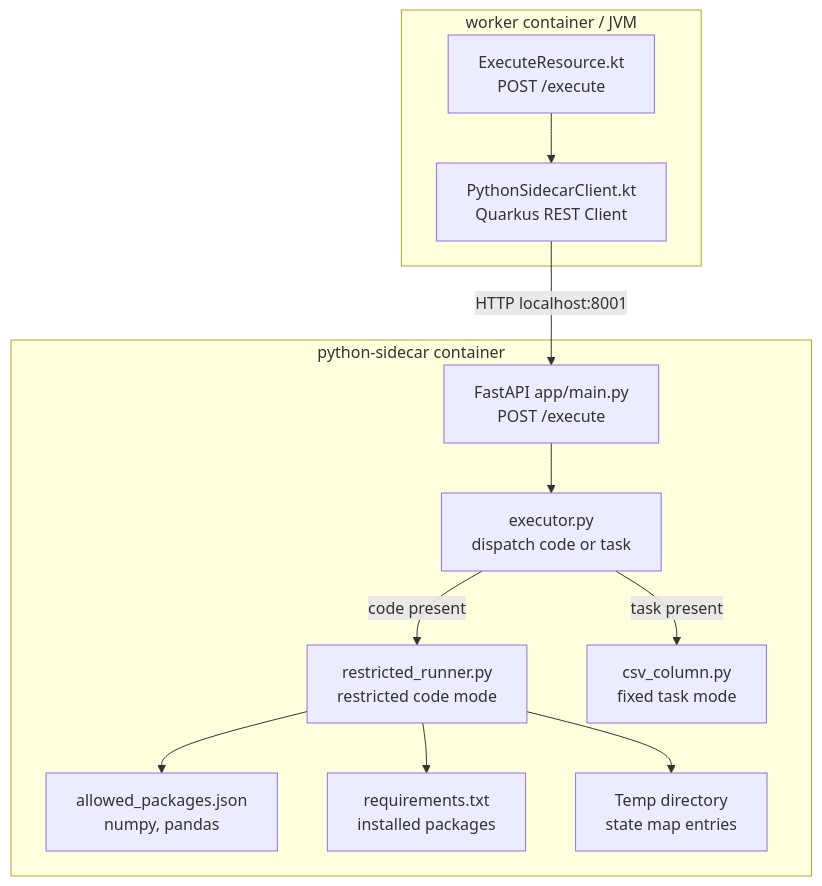
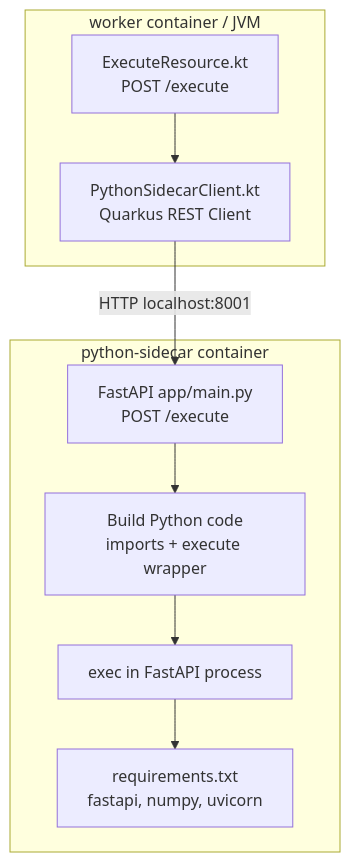
Before and after one commit to kyehuang/portal: the second of 3 diagrams in docs/system-architecture.md, drawn with Mermaid. The commit also changed other lines of this file and 15 other files, not shown here.

Commit message:
feat: Switch execute API to script content runner`

````diff
--- a/docs/system-architecture.md
+++ b/docs/system-architecture.md
@@ -20,27 +17,21 @@
 ```mermaid
 flowchart TB
     subgraph JVM["worker container / JVM"]
         ExecuteResource[ExecuteResource.kt<br/>POST /execute]
         SidecarClient[PythonSidecarClient.kt<br/>Quarkus REST Client]
         ExecuteResource --> SidecarClient
     end
 
     subgraph PY["python-sidecar container"]
         FastAPI[FastAPI app/main.py<br/>POST /execute]
-        Executor[executor.py<br/>dispatch code or task]
-        RestrictedRunner[restricted_runner.py<br/>restricted code mode]
-        TaskRunner[csv_column.py<br/>fixed task mode]
-        Allowlist[allowed_packages.json<br/>numpy, pandas]
-        Requirements[requirements.txt<br/>installed packages]
-        Temp[Temp directory<br/>state map entries]
+        Template[Build Python code<br/>imports + execute wrapper]
+        Exec[exec in FastAPI process]
+        Requirements[requirements.txt<br/>fastapi, numpy, uvicorn]
 
-        FastAPI --> Executor
-        Executor -->|code present| RestrictedRunner
-        Executor -->|task present| TaskRunner
-        RestrictedRunner --> Allowlist
-        RestrictedRunner --> Requirements
-        RestrictedRunner --> Temp
+        FastAPI --> Template
+        Template --> Exec
+        Exec --> Requirements
     end
 
     SidecarClient -->|HTTP localhost:8001| FastAPI
 ```
````
